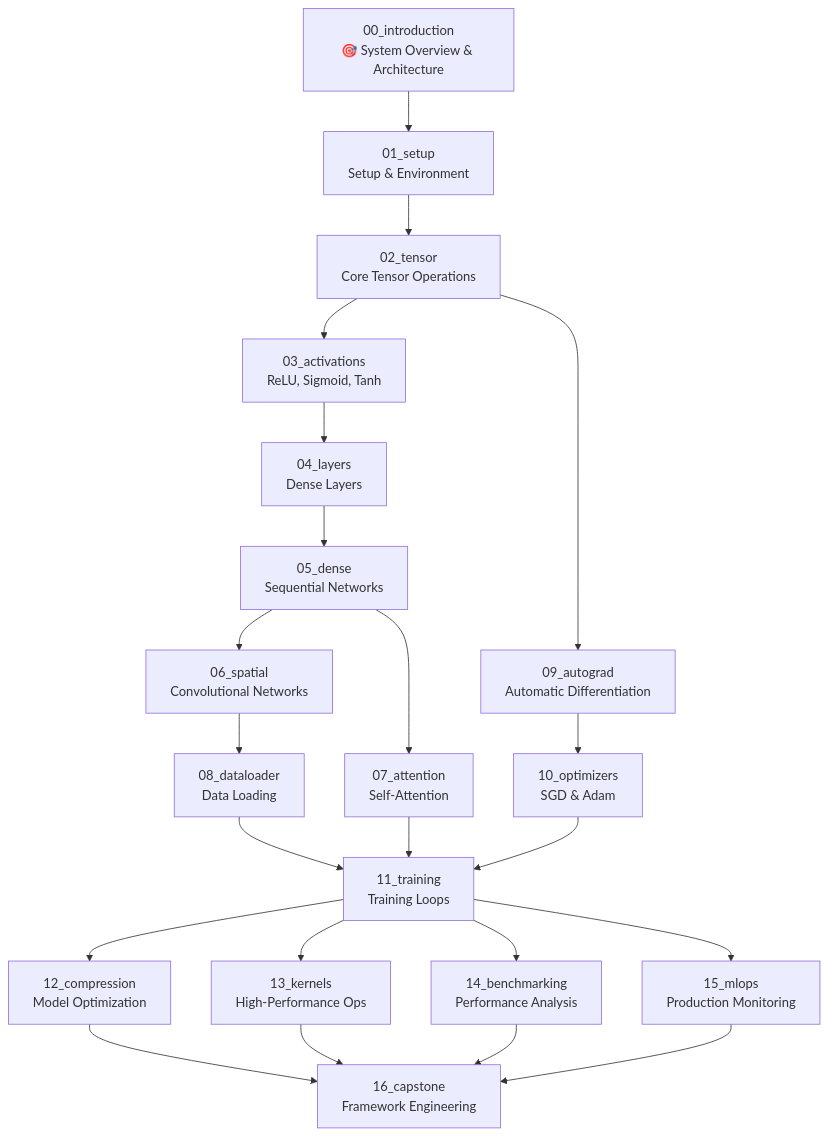
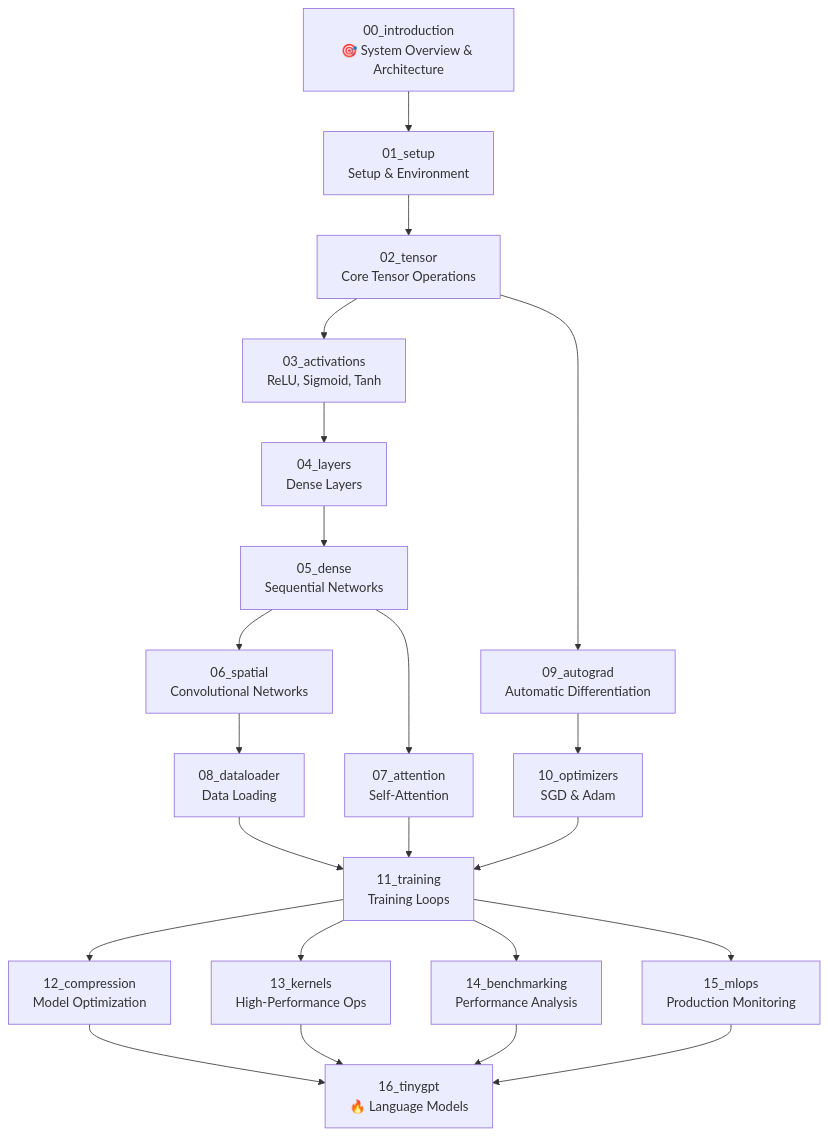
Before and after one commit to MLSysBook/TinyTorch: the diagram in README.md, drawn with Mermaid. The commit also changed other lines of this file and 47 other files, not shown here.

````diff
--- a/README.md
+++ b/README.md
@@ -346,28 +348,28 @@
 ```mermaid
 flowchart TD
     Z[00_introduction<br/>🎯 System Overview & Architecture] --> A[01_setup<br/>Setup & Environment] 
     A --> B[02_tensor<br/>Core Tensor Operations]
     B --> C[03_activations<br/>ReLU, Sigmoid, Tanh]
     C --> D[04_layers<br/>Dense Layers]
     D --> E[05_dense<br/>Sequential Networks]
     
     E --> F[06_spatial<br/>Convolutional Networks]
     E --> G[07_attention<br/>Self-Attention]
     F --> H[08_dataloader<br/>Data Loading]
     B --> I[09_autograd<br/>Automatic Differentiation]
     I --> J[10_optimizers<br/>SGD & Adam]
     
     H --> K[11_training<br/>Training Loops]
     G --> K
     J --> K
     
     K --> L[12_compression<br/>Model Optimization]
     K --> M[13_kernels<br/>High-Performance Ops]
     K --> N[14_benchmarking<br/>Performance Analysis]
     K --> O[15_mlops<br/>Production Monitoring]
     
-    L --> P[16_capstone<br/>Framework Engineering]
+    L --> P[16_tinygpt<br/>🔥 Language Models]
     M --> P
     N --> P
     O --> P
 ```
````
